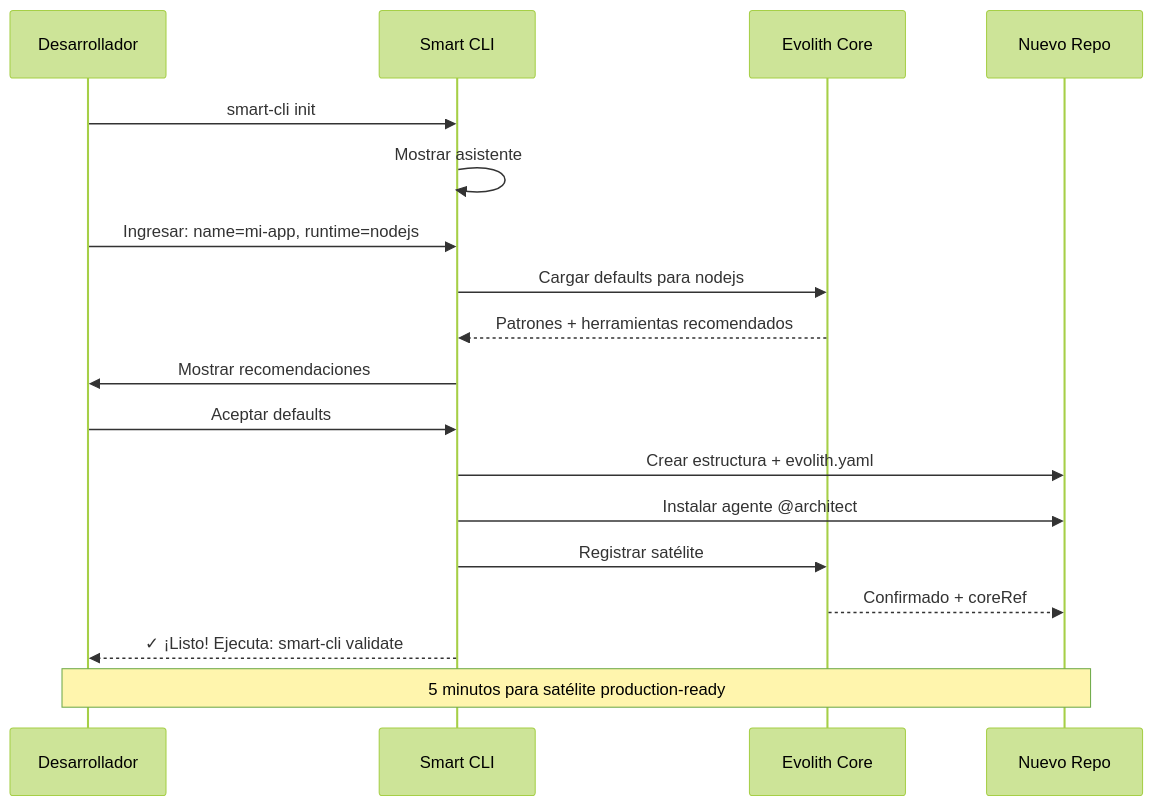
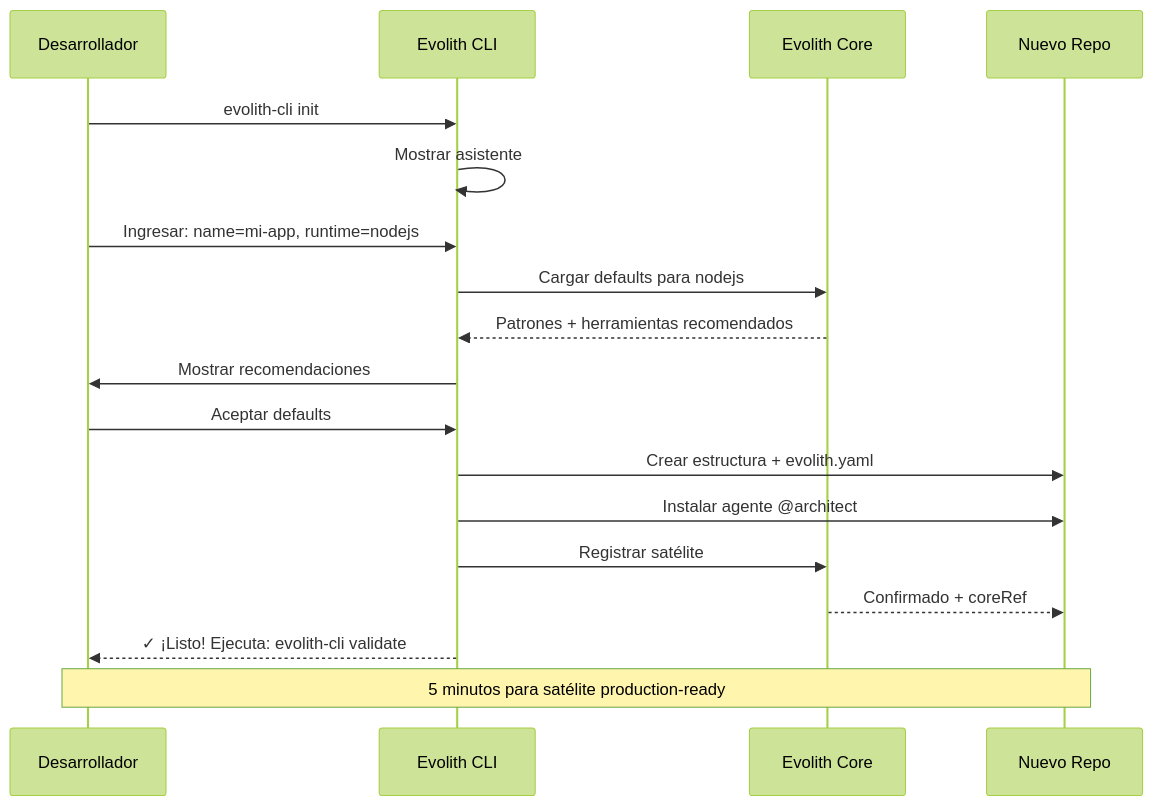
The fifth of 8 diagrams in product/products/smart-cli/docs/VISION.es.md (beyondnetcode/evolith_arch32), drawn with Mermaid (forest theme) before and after one commit. The commit also changed other lines of this file and 195 other files, not shown here.

First line of the commit message:
refactor(brand): align "Smart CLI" → "Evolith CLI" across docs, code, npm, and assemblies

````diff
--- a/product/products/smart-cli/docs/VISION.es.md
+++ b/product/products/smart-cli/docs/VISION.es.md
@@ -247,22 +247,22 @@
 ```mermaid
 sequenceDiagram
     participant Dev as Desarrollador
-    participant CLI as Smart CLI
+    participant CLI as Evolith CLI
     participant Core as Evolith Core
     participant Repo as Nuevo Repo
 
-    Dev->>CLI: smart-cli init
+    Dev->>CLI: evolith-cli init
     CLI->>CLI: Mostrar asistente
     Dev->>CLI: Ingresar: name=mi-app, runtime=nodejs
     CLI->>Core: Cargar defaults para nodejs
     Core-->>CLI: Patrones + herramientas recomendados
     CLI->>Dev: Mostrar recomendaciones
     Dev->>CLI: Aceptar defaults
     CLI->>Repo: Crear estructura + evolith.yaml
     CLI->>Repo: Instalar agente @architect
     CLI->>Core: Registrar satélite
     Core-->>Repo: Confirmado + coreRef
-    CLI-->>Dev: ✓ ¡Listo! Ejecuta: smart-cli validate
+    CLI-->>Dev: ✓ ¡Listo! Ejecuta: evolith-cli validate
 
     Note over Dev,Repo: 5 minutos para satélite production-ready
 ```
````
